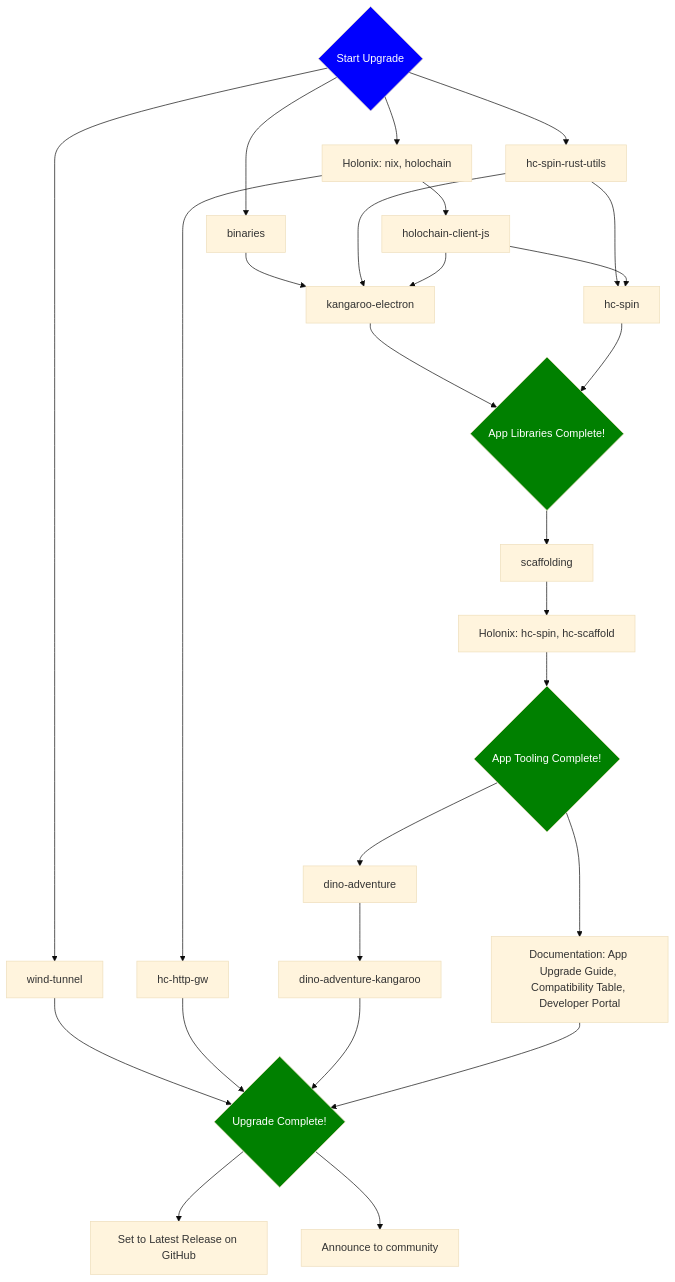
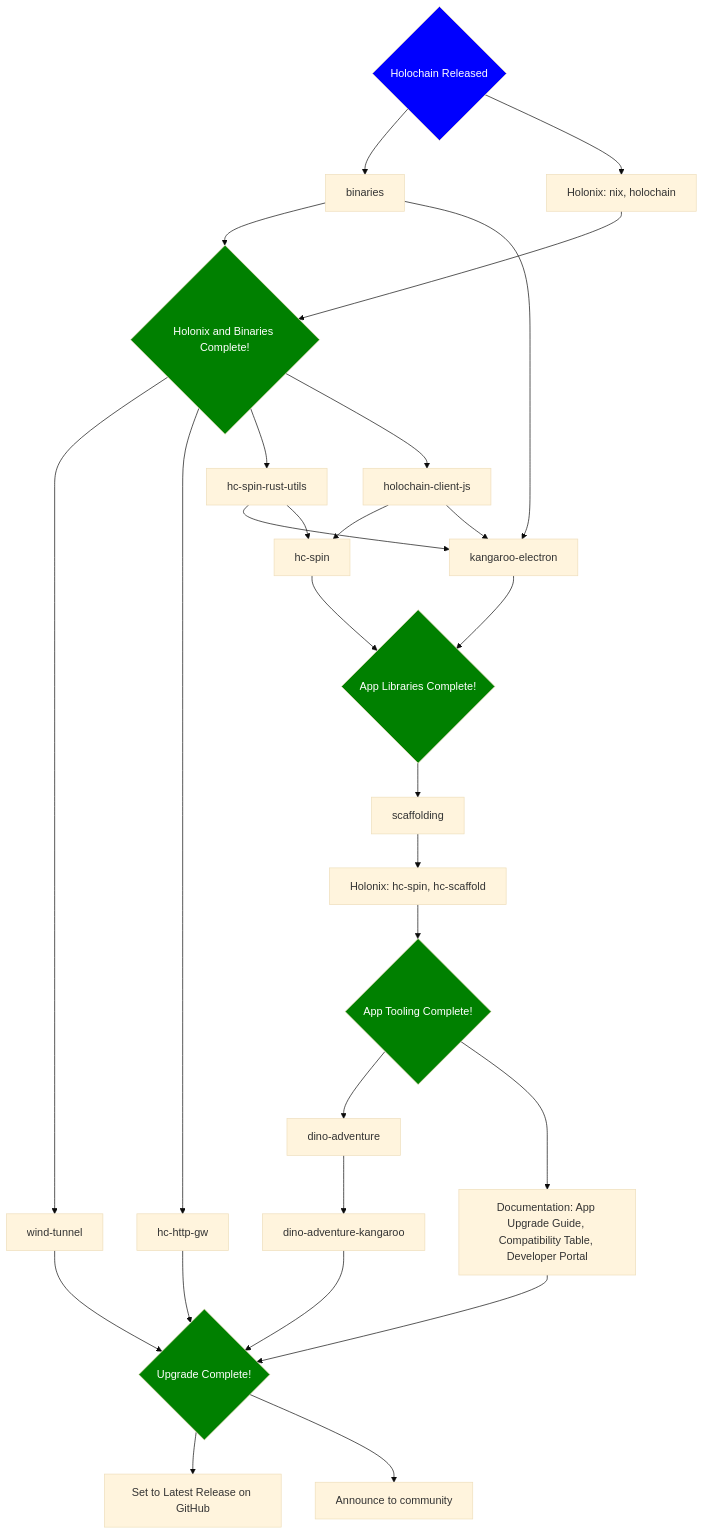
Before and after one commit to holochain/holochain: the diagram in .github/ISSUE_TEMPLATE/release_checklist.md, drawn with Mermaid (base theme). The commit also changed other lines of this file, not shown here.

````diff
--- a/.github/ISSUE_TEMPLATE/release_checklist.md
+++ b/.github/ISSUE_TEMPLATE/release_checklist.md
@@ -10,71 +24,76 @@
 ```mermaid
 flowchart TB
     %% Start flow
-    Start{Start Upgrade}
+    Start{Holochain Released}
 
     Start --> Binaries[binaries]
-    Start --> WindTunnel[wind-tunnel]
     Start --> Holonix1[Holonix: nix, holochain]
-    Start --> HcSpinRustUtils[hc-spin-rust-utils]
+
+    %% prerequisites for everything downstream
+    Binaries --> Prereqs
+    Holonix1 --> Prereqs
+    Prereqs{Holonix and Binaries Complete!}
+
+    Prereqs --> WindTunnel[wind-tunnel]
+    Prereqs --> HttpGw[hc-http-gw]
+    Prereqs --> HcSpinRustUtils[hc-spin-rust-utils]
+    Prereqs --> JSClient[holochain-client-js]
 
     %% binaries
     Binaries --> Kangaroo[kangaroo-electron]
 
     %% wind-tunnel
     WindTunnel --> Complete
 
-    %% hc-spin-rust-utils
-    HcSpinRustUtils --> Kangaroo
-    HcSpinRustUtils ---> HcSpin
-
-    %% kangaroo
-    Kangaroo --> AppLibsComplete
-
-    %% holonix
-    Holonix1 --> JSClient[holochain-client-js]
-    Holonix1 --> HttpGw[hc-http-gw]
-
     %% hc-http-gw
     HttpGw --> Complete
 
+    %% hc-spin-rust-utils
+    HcSpinRustUtils --> Kangaroo
+    HcSpinRustUtils --> HcSpin[hc-spin]
+
     %% holochain-client-js
-    JSClient --> HcSpin[hc-spin]
+    JSClient --> HcSpin
     JSClient --> Kangaroo
 
     %% hc-spin
     HcSpin --> AppLibsComplete
+
+    %% kangaroo
+    Kangaroo --> AppLibsComplete
 
     %% app libraries complete
     AppLibsComplete{App Libraries Complete!}
     AppLibsComplete --> Scaffold[scaffolding]
 
     %% scaffold
     Scaffold --> Holonix2[Holonix: hc-spin, hc-scaffold]
-    
+
     %% holonix (again)
     Holonix2 --> AppToolsComplete{App Tooling Complete!}
 
     %% app tools complete
     AppToolsComplete --> DinoAdventure[dino-adventure]
     AppToolsComplete --> Documentation[Documentation: App Upgrade Guide, Compatibility Table, Developer Portal]
 
     %% dino-adventure
     DinoAdventure --> DinoKangaroo[dino-adventure-kangaroo]
 
     %% dino-adventure-kangaroo
     DinoKangaroo --> Complete
 
     %% documentation
     Documentation --> Complete
 
     %% complete
     Complete{Upgrade Complete!}
     Complete --> SetToLatestReleaseGH[Set to Latest Release on GitHub]
     Complete --> Announce[Announce to community]
 
-    %% styling 
+    %% styling
     style Start fill:blue,color:white
+    style Prereqs fill:green,color:white
     style Complete fill:green,color:white
     style AppLibsComplete fill:green,color:white
     style AppToolsComplete fill:green,color:white
 ```
````
